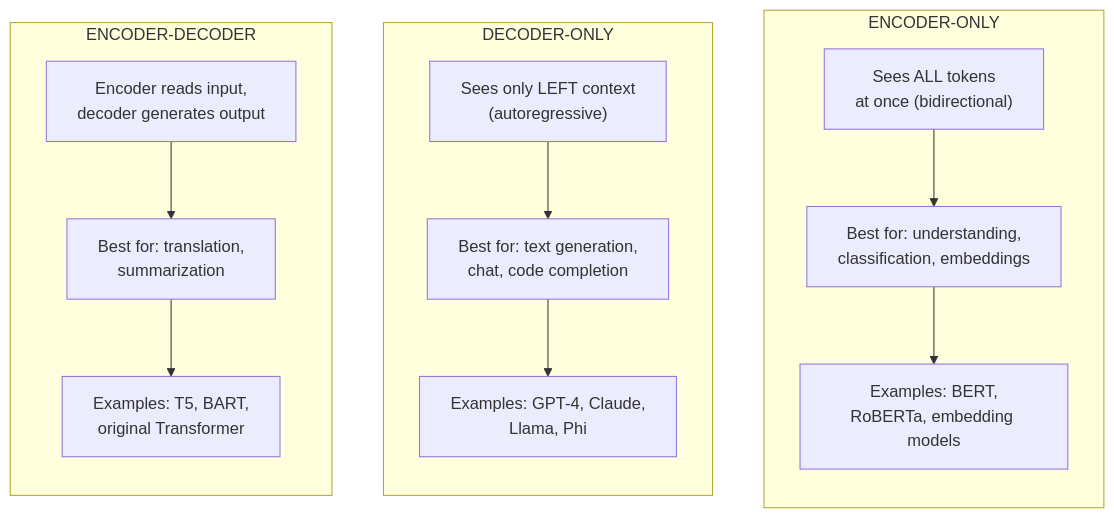
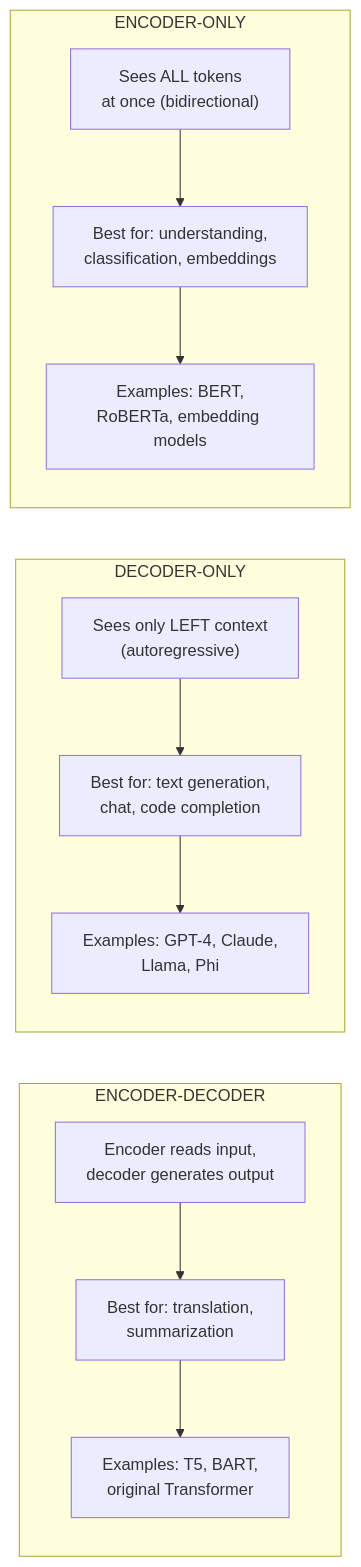
Before and after one commit to frootai/frootai: the third of 12 diagrams in docs/GenAI-Foundations.md, drawn with Mermaid. The commit also changed other lines of this file and 15 other files, not shown here.

Commit message:
docs: harden learning module diagrams

````diff
--- a/docs/GenAI-Foundations.md
+++ b/docs/GenAI-Foundations.md
@@ -312,26 +311,28 @@
 ```mermaid
 graph TB
     subgraph Encoder ["ENCODER-ONLY"]
         direction TB
         E1["Sees ALL tokens<br/>at once (bidirectional)"]
         E2["Best for: understanding,<br/>classification, embeddings"]
         E3["Examples: BERT,<br/>RoBERTa, embedding models"]
         E1 --> E2 --> E3
     end
 
     subgraph Decoder ["DECODER-ONLY"]
         direction TB
         D1["Sees only LEFT context<br/>(autoregressive)"]
         D2["Best for: text generation,<br/>chat, code completion"]
         D3["Examples: GPT-4, Claude,<br/>Llama, Phi"]
         D1 --> D2 --> D3
     end
 
     subgraph EncDec ["ENCODER-DECODER"]
         direction TB
         ED1["Encoder reads input,<br/>decoder generates output"]
         ED2["Best for: translation,<br/>summarization"]
         ED3["Examples: T5, BART,<br/>original Transformer"]
         ED1 --> ED2 --> ED3
     end
+
+    E1 ~~~ D1 ~~~ ED1
 ```
````
